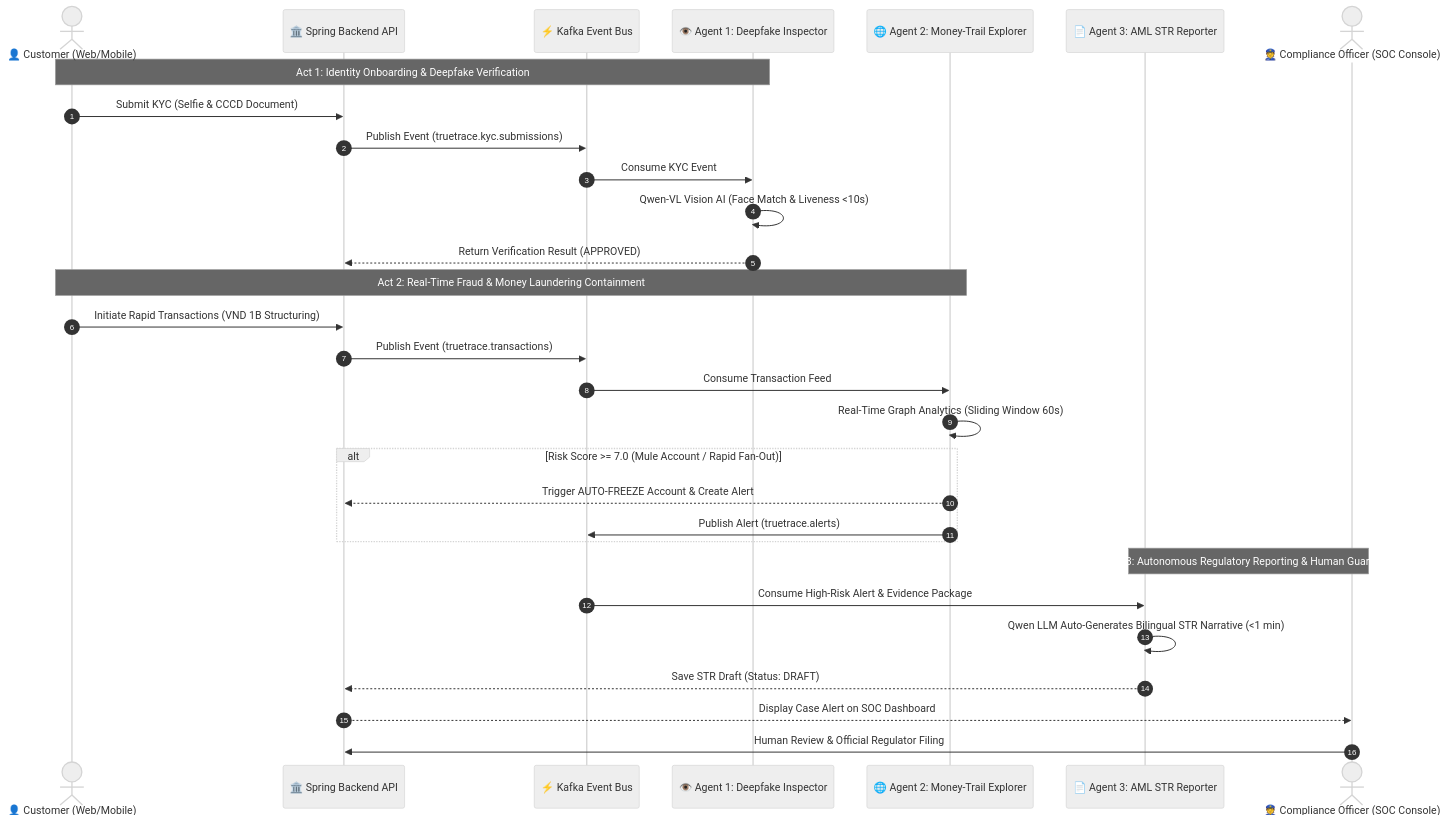
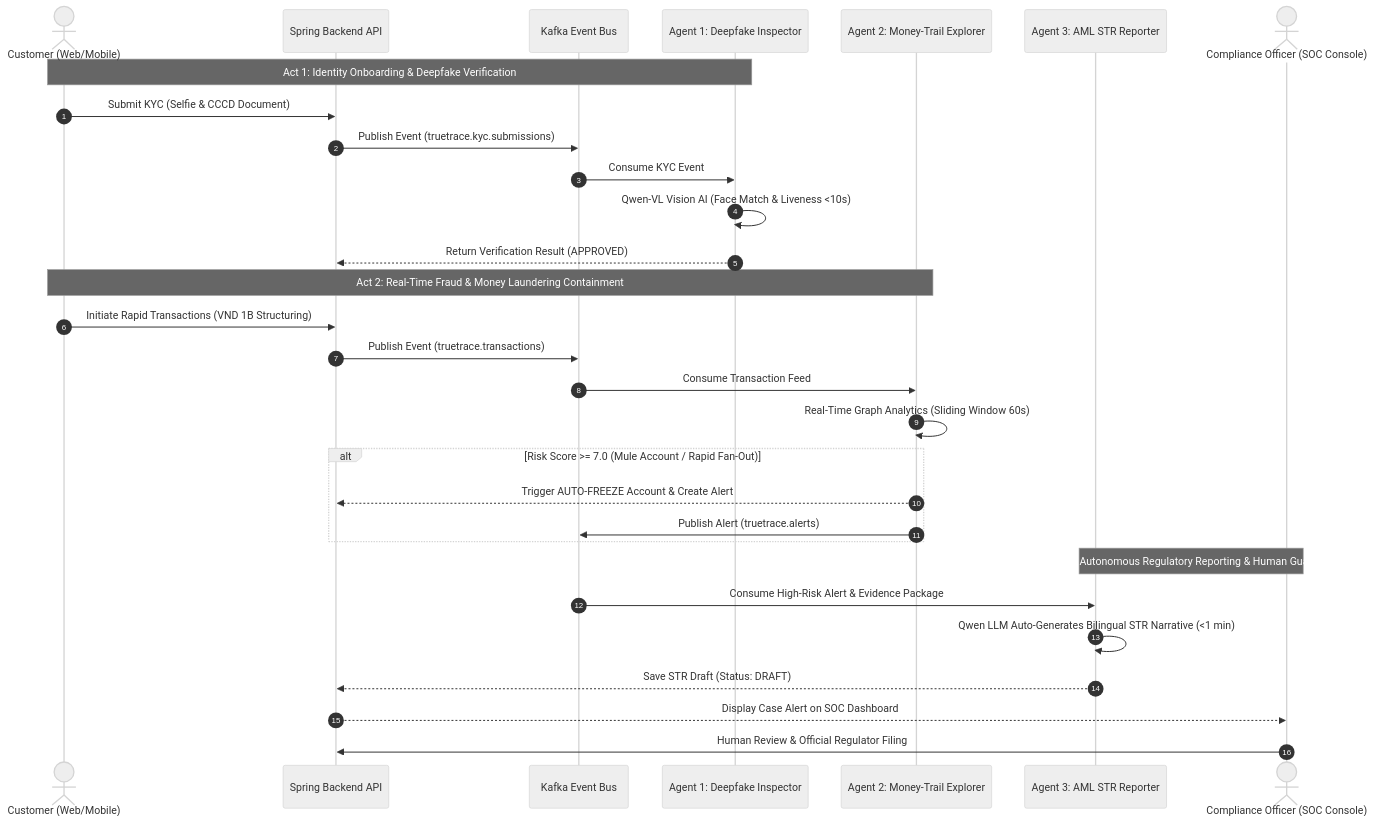
The diagram in README.md (Little-Boy-s-TrueTrace/truetrace), drawn with Mermaid (neutral theme) before and after one commit.

Commit message:
docs: remove emojis from sequence diagram and documentation

````diff
--- a/README.md
+++ b/README.md
@@ -196,35 +196,35 @@
 ```mermaid
 sequenceDiagram
     autonumber
-    actor Customer as 👤 Customer (Web/Mobile)
-    participant CoreAPI as 🏛️ Spring Backend API
-    participant Kafka as ⚡ Kafka Event Bus
-    participant Agent1 as 👁️ Agent 1: Deepfake Inspector
-    participant Agent2 as 🌐 Agent 2: Money-Trail Explorer
-    participant Agent3 as 📄 Agent 3: AML STR Reporter
-    actor Officer as 👮 Compliance Officer (SOC Console)
+    actor Customer as Customer (Web/Mobile)
+    participant CoreAPI as Spring Backend API
+    participant Kafka as Kafka Event Bus
+    participant Agent1 as Agent 1: Deepfake Inspector
+    participant Agent2 as Agent 2: Money-Trail Explorer
+    participant Agent3 as Agent 3: AML STR Reporter
+    actor Officer as Compliance Officer (SOC Console)
 
     note over Customer, Agent1: Act 1: Identity Onboarding & Deepfake Verification
     Customer->>CoreAPI: Submit KYC (Selfie & CCCD Document)
     CoreAPI->>Kafka: Publish Event (truetrace.kyc.submissions)
     Kafka->>Agent1: Consume KYC Event
     Agent1->>Agent1: Qwen-VL Vision AI (Face Match & Liveness <10s)
     Agent1-->>CoreAPI: Return Verification Result (APPROVED)
 
     note over Customer, Agent2: Act 2: Real-Time Fraud & Money Laundering Containment
     Customer->>CoreAPI: Initiate Rapid Transactions (VND 1B Structuring)
     CoreAPI->>Kafka: Publish Event (truetrace.transactions)
     Kafka->>Agent2: Consume Transaction Feed
     Agent2->>Agent2: Real-Time Graph Analytics (Sliding Window 60s)
     alt Risk Score >= 7.0 (Mule Account / Rapid Fan-Out)
         Agent2-->>CoreAPI: Trigger AUTO-FREEZE Account & Create Alert
         Agent2->>Kafka: Publish Alert (truetrace.alerts)
     end
 
     note over Agent3, Officer: Act 3: Autonomous Regulatory Reporting & Human Guardrail
     Kafka->>Agent3: Consume High-Risk Alert & Evidence Package
     Agent3->>Agent3: Qwen LLM Auto-Generates Bilingual STR Narrative (<1 min)
     Agent3-->>CoreAPI: Save STR Draft (Status: DRAFT)
     CoreAPI-->>Officer: Display Case Alert on SOC Dashboard
     Officer->>CoreAPI: Human Review & Official Regulator Filing
 ```
````
